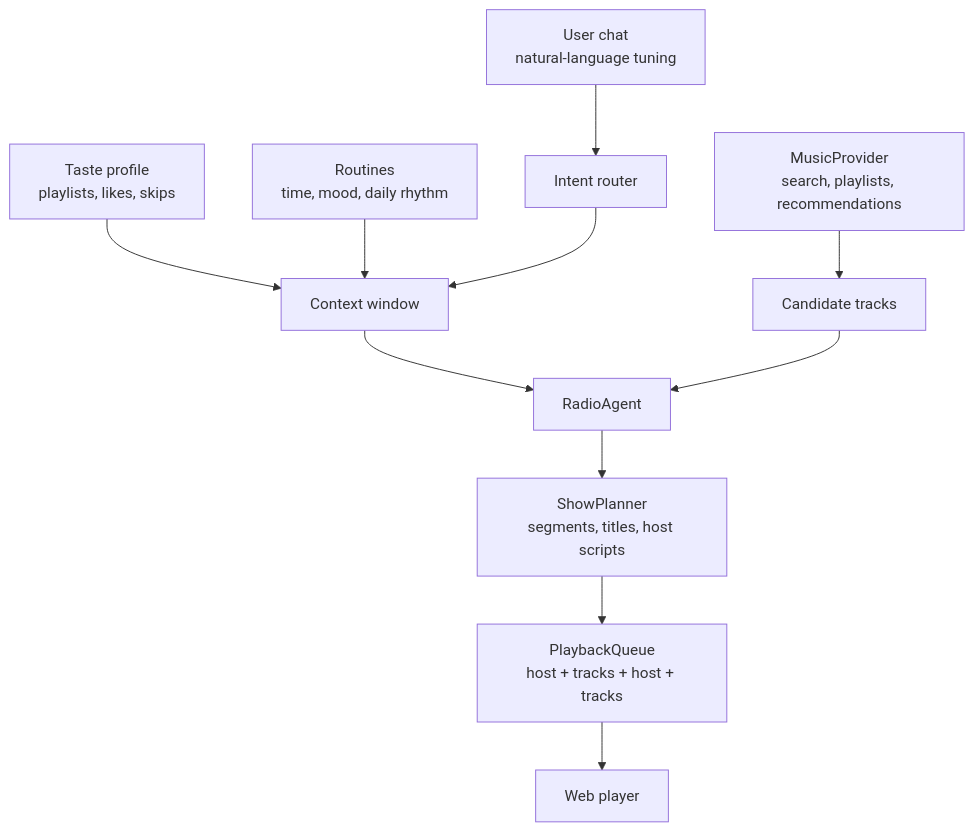
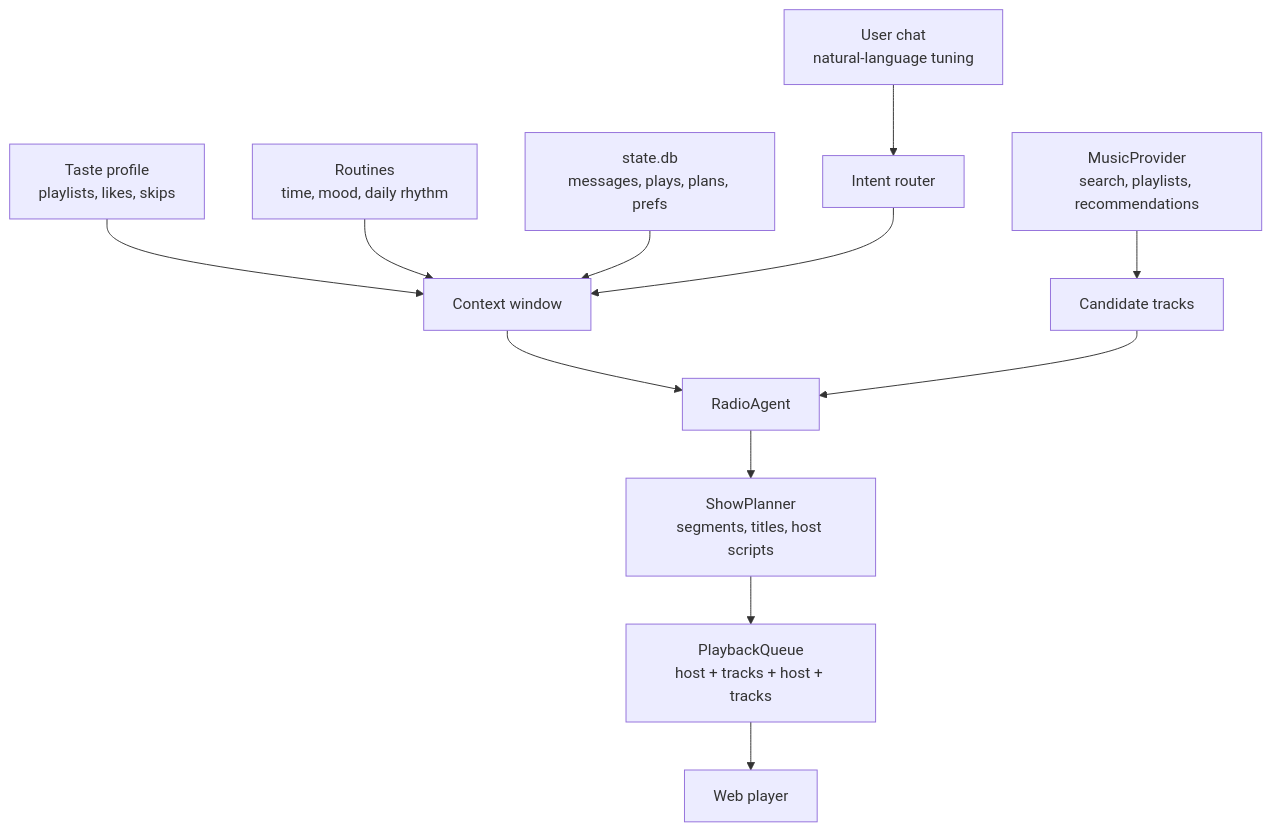
Before and after one commit to W1chik2nd/aftertaste-fm: the second of 2 diagrams in docs/architecture.md, drawn with Mermaid. The commit also changed other lines of this file and 16 other files, not shown here.

````diff
--- a/docs/architecture.md
+++ b/docs/architecture.md
@@ -44,13 +44,14 @@
 ```mermaid
 flowchart TD
   Taste["Taste profile\nplaylists, likes, skips"] --> Context["Context window"]
   Routine["Routines\ntime, mood, daily rhythm"] --> Context
+  Memory["state.db\nmessages, plays, plans, prefs"] --> Context
   Chat["User chat\nnatural-language tuning"] --> Router["Intent router"]
   Provider["MusicProvider\nsearch, playlists, recommendations"] --> Candidates["Candidate tracks"]
   Router --> Context
   Context --> Agent["RadioAgent"]
   Candidates --> Agent
   Agent --> Planner["ShowPlanner\nsegments, titles, host scripts"]
   Planner --> Queue["PlaybackQueue\nhost + tracks + host + tracks"]
   Queue --> Web["Web player"]
 ```
````
